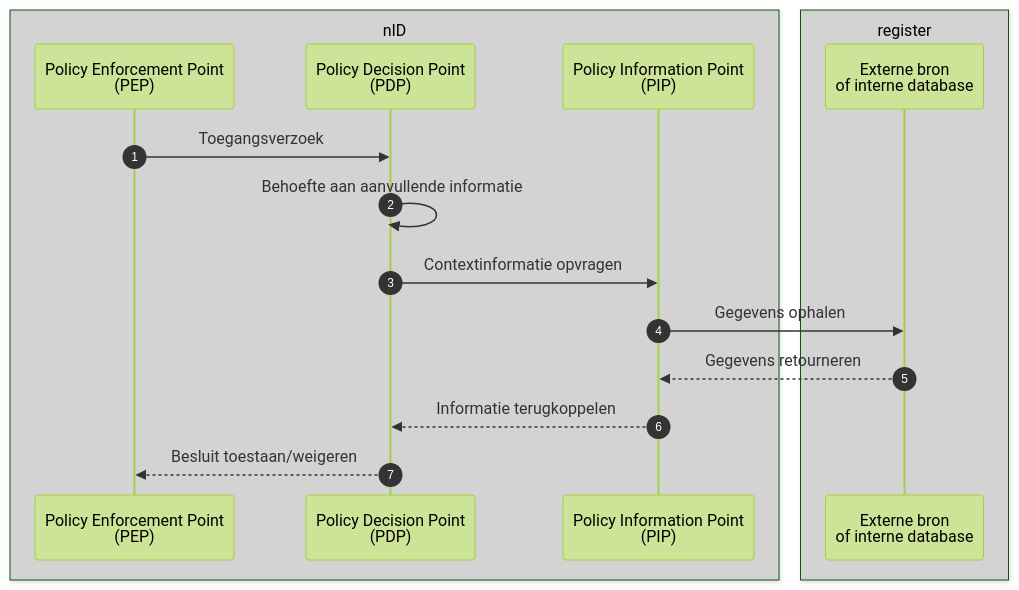
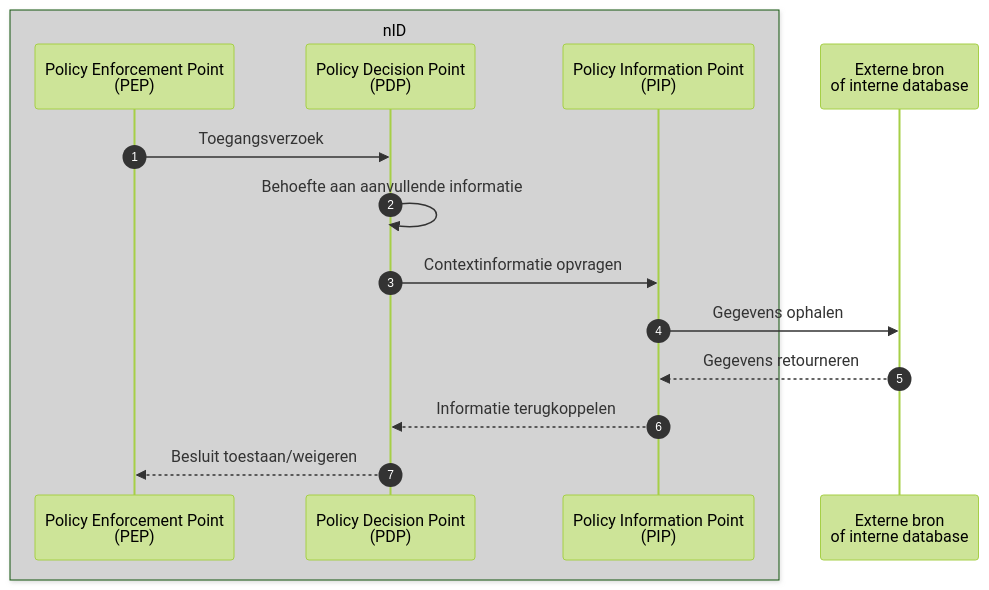
The eighth of 11 diagrams in docs/applicatie/nid_netwerkstelsel.md (iStandaarden/Afsprakenstelsel-iWlz), drawn with Mermaid before and after one commit. The commit also changed other lines of this file, not shown here.

````diff
--- a/docs/applicatie/nid_netwerkstelsel.md
+++ b/docs/applicatie/nid_netwerkstelsel.md
@@ -673,25 +670,23 @@
 ```mermaid
 ---
 config:
   theme: forest
 ---
 sequenceDiagram
     autonumber
     box lightgrey nID
     participant PEP as Policy Enforcement Point<br/>(PEP)
     participant PDP as Policy Decision Point<br/>(PDP)
     participant PIP as Policy Information Point<br/>(PIP)
     end
 
-    box lightgrey register
     participant DataSource as Externe bron<br/>of interne database
-    end
 
     PEP->>PDP: Toegangsverzoek
     PDP->>PDP: Behoefte aan aanvullende informatie
     PDP->>PIP: Contextinformatie opvragen
     PIP->>DataSource: Gegevens ophalen
     DataSource-->>PIP: Gegevens retourneren
     PIP-->>PDP: Informatie terugkoppelen
     PDP-->>PEP: Besluit toestaan/weigeren
 ```
````
